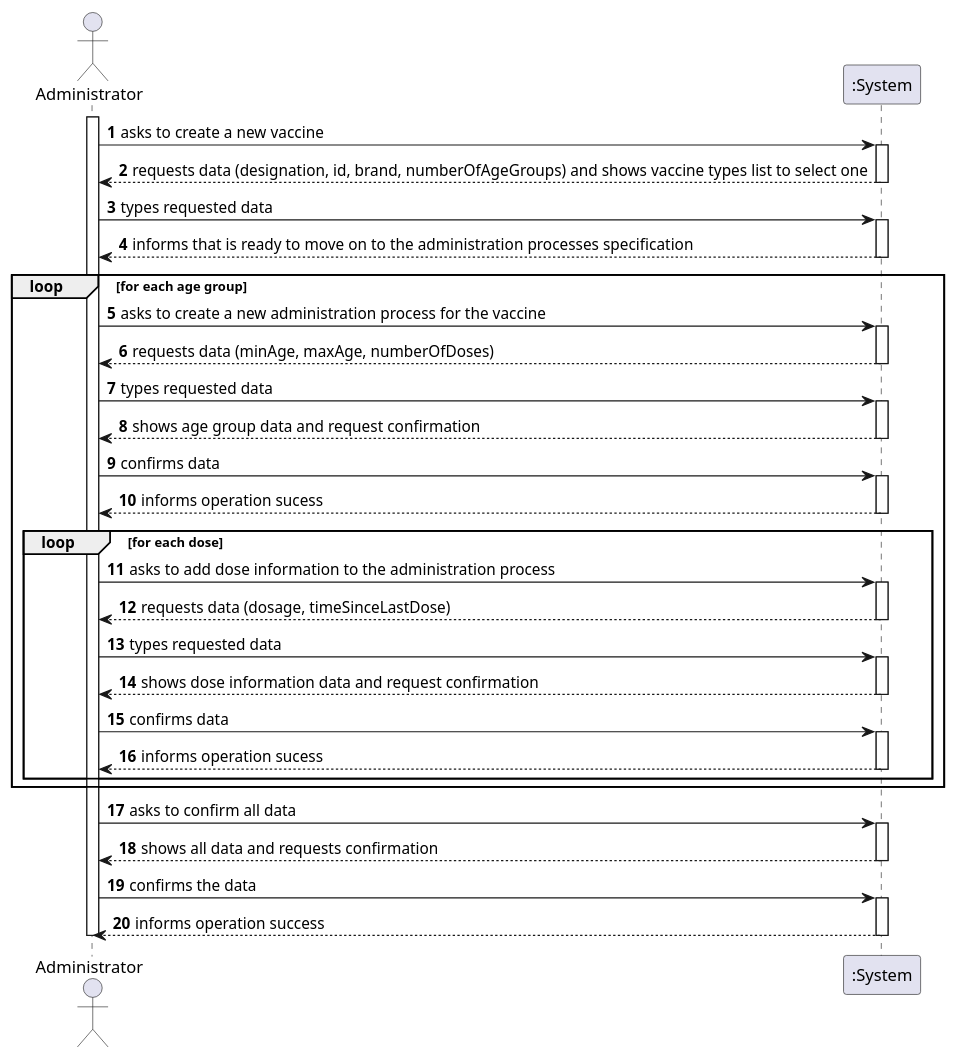
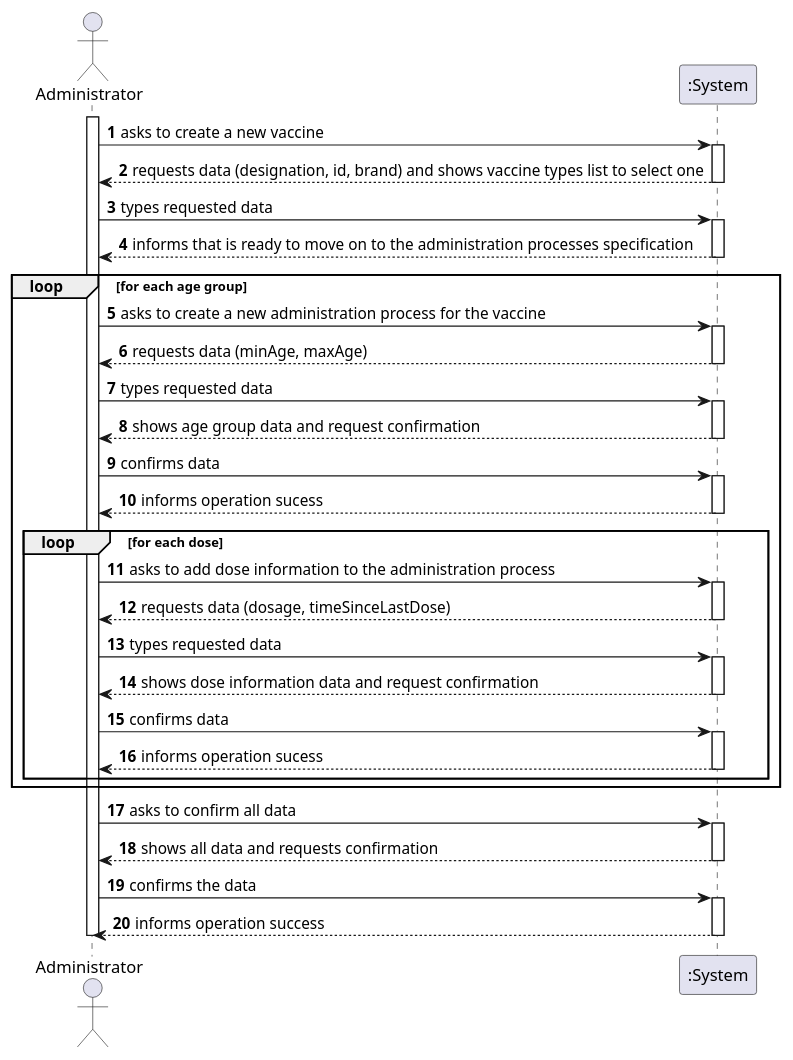
Before and after one commit to miseEnPlace-i/lapr2: the diagram in docs/SprintB/US13/SSD/US13_SSD_v2.puml, drawn with PlantUML. The commit also changed 9 other files, not shown here.

Commit message:
docs(US13): update diagrams, edit vaccine attributes

```diff
--- a/docs/SprintB/US13/SSD/US13_SSD_v2.puml
+++ b/docs/SprintB/US13/SSD/US13_SSD_v2.puml
@@ -1,58 +1,58 @@
 @startuml
 autonumber
 actor "Administrator" as OE
 
 activate OE
 OE -> ":System" : asks to create a new vaccine
 activate ":System"
-":System" --> OE : requests data (designation, id, brand, numberOfAgeGroups) and shows vaccine types list to select one
+":System" --> OE : requests data (designation, id, brand) and shows vaccine types list to select one
 deactivate ":System"
 
 OE -> ":System" : types requested data
 activate ":System"
 ":System" --> OE : informs that is ready to move on to the administration processes specification
 deactivate ":System"
 
 loop for each age group
     OE -> ":System" : asks to create a new administration process for the vaccine
     activate ":System"
-    ":System" --> OE : requests data (minAge, maxAge, numberOfDoses)
+    ":System" --> OE : requests data (minAge, maxAge)
     deactivate ":System"
     OE -> ":System" : types requested data
     activate ":System"
     ":System" --> OE : shows age group data and request confirmation
     deactivate ":System"
     OE -> ":System" : confirms data
     activate ":System"
     ":System" --> OE : informs operation sucess
     deactivate ":System"
     
     loop for each dose
         OE -> ":System" : asks to add dose information to the administration process
         activate ":System"
         ":System" --> OE : requests data (dosage, timeSinceLastDose)
         deactivate ":System"
         OE -> ":System" : types requested data
         activate ":System"
         ":System" --> OE : shows dose information data and request confirmation
         deactivate ":System"
         OE -> ":System" : confirms data
         activate ":System"
         ":System" --> OE : informs operation sucess
         deactivate ":System"
     end
 
 end
 
 OE -> ":System" : asks to confirm all data
 activate ":System"
 ":System" --> OE : shows all data and requests confirmation
 deactivate ":System"
 OE -> ":System" : confirms the data
 activate ":System"
 ":System" --> OE : informs operation success
 deactivate ":System"
 
 deactivate OE
 
 @enduml
```
